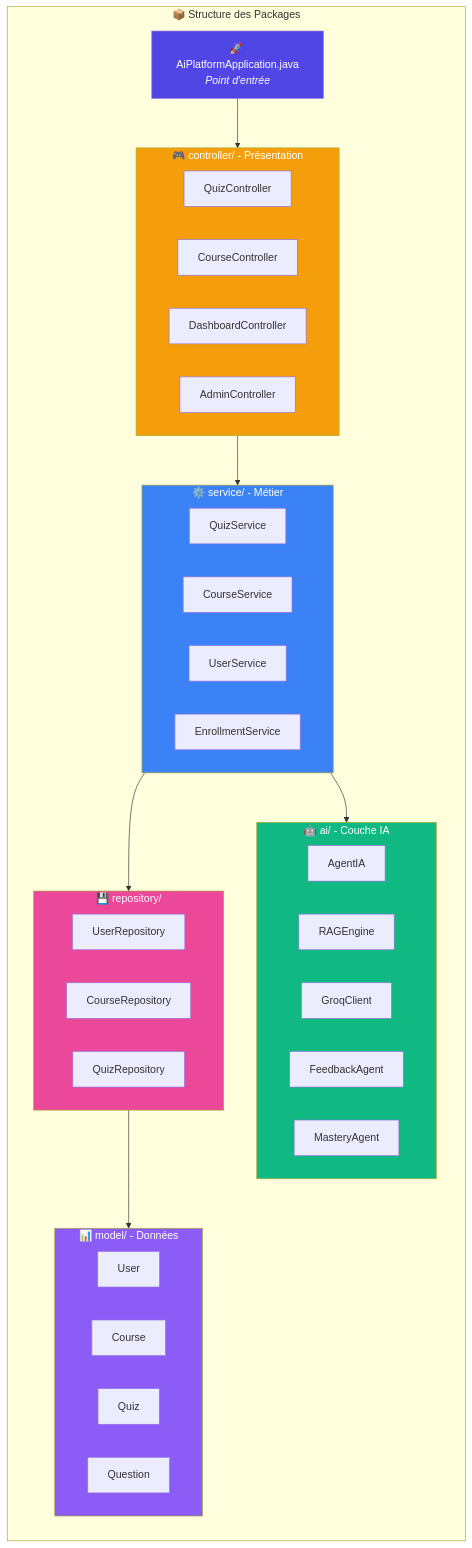
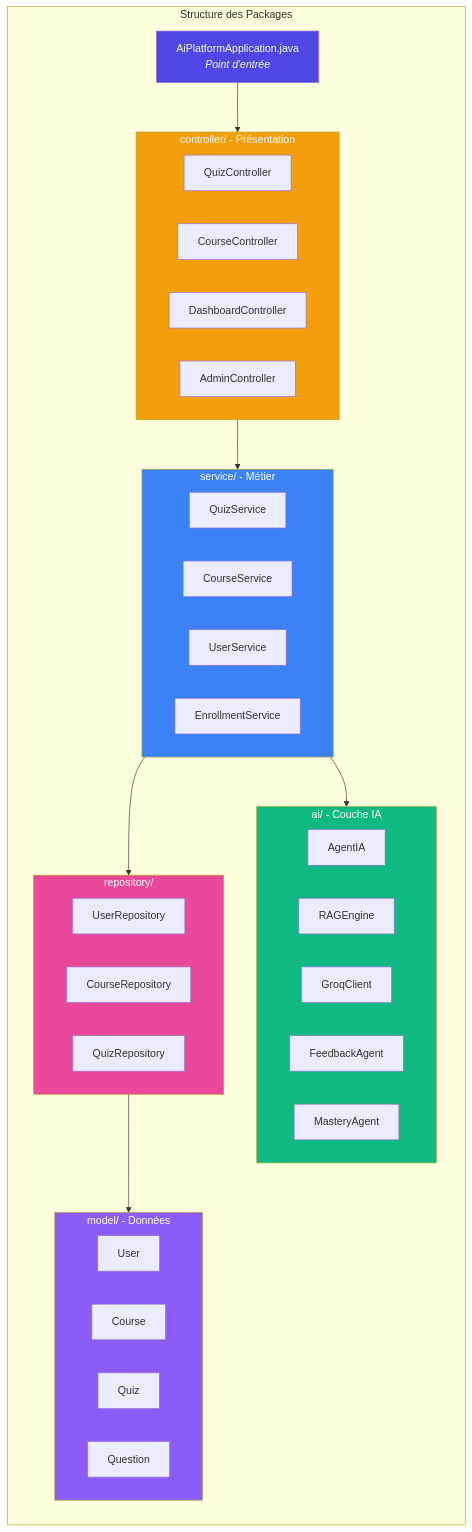
The first of 12 diagrams in this.md (AM1N8/Dumpster), drawn with Mermaid before and after one commit. The commit also changed other lines of this file, not shown here.

````diff
--- a/this.md
+++ b/this.md
@@ -23,55 +23,55 @@
 ```mermaid
 graph TB
-    subgraph "📦 Structure des Packages"
+    subgraph "Structure des Packages"
         direction TB
-        APP["🚀 AiPlatformApplication.java<br/><i>Point d'entrée</i>"]
+        APP["AiPlatformApplication.java<br/><i>Point d'entrée</i>"]
         
-        subgraph AI["🤖 ai/ - Couche IA"]
+        subgraph AI["ai/ - Couche IA"]
             AGENT["AgentIA"]
             RAG["RAGEngine"]
             GROQ["GroqClient"]
             FEED["FeedbackAgent"]
             MAST["MasteryAgent"]
         end
         
-        subgraph CTRL["🎮 controller/ - Présentation"]
+        subgraph CTRL["controller/ - Présentation"]
             QC["QuizController"]
             CC["CourseController"]
             DC["DashboardController"]
             AC["AdminController"]
         end
         
-        subgraph SVC["⚙️ service/ - Métier"]
+        subgraph SVC["service/ - Métier"]
             QS["QuizService"]
             CS["CourseService"]
             US["UserService"]
             ES["EnrollmentService"]
         end
         
-        subgraph MDL["📊 model/ - Données"]
+        subgraph MDL["model/ - Données"]
             USER["User"]
             COURSE["Course"]
             QUIZ["Quiz"]
             QUEST["Question"]
         end
         
-        subgraph REPO["💾 repository/"]
+        subgraph REPO["repository/"]
             UR["UserRepository"]
             CR["CourseRepository"]
             QR["QuizRepository"]
         end
     end
     
     APP --> CTRL
     CTRL --> SVC
     SVC --> AI
     SVC --> REPO
     REPO --> MDL
     
     style APP fill:#4f46e5,color:#fff
     style AI fill:#10b981,color:#fff
     style CTRL fill:#f59e0b,color:#fff
     style SVC fill:#3b82f6,color:#fff
     style MDL fill:#8b5cf6,color:#fff
     style REPO fill:#ec4899,color:#fff
 ```
````
